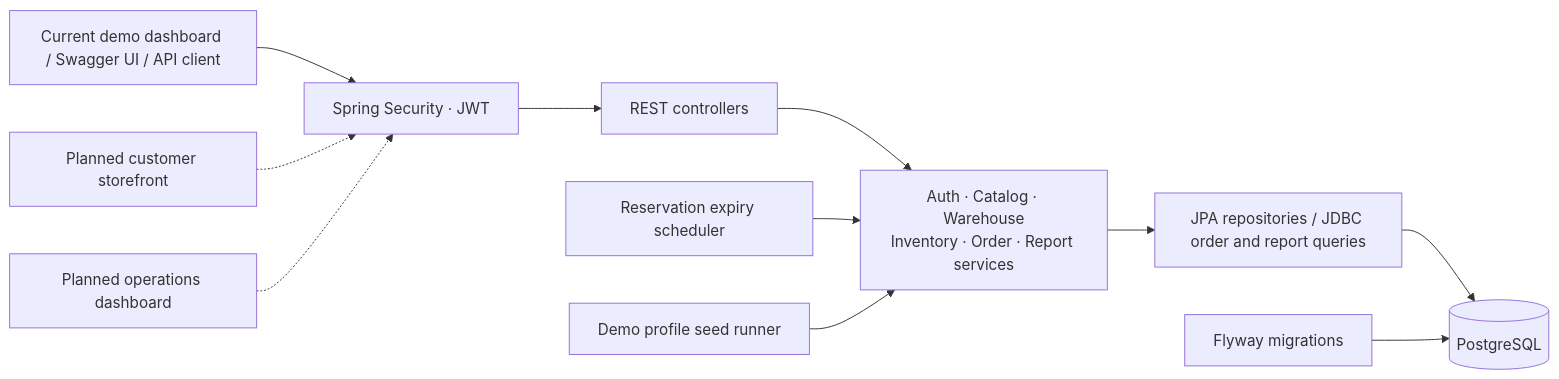
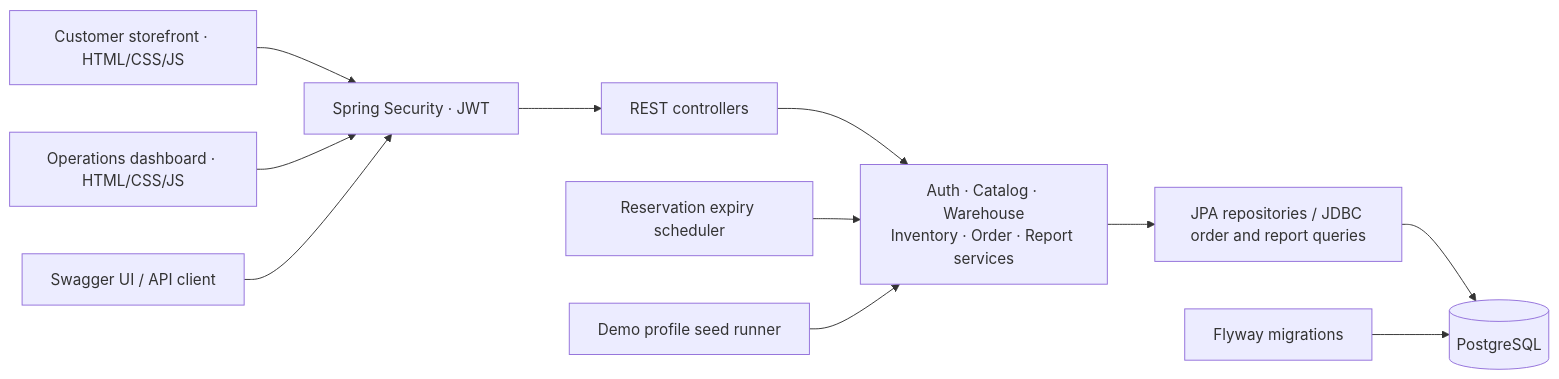
The first of 2 diagrams in README.md (huyniu/StockFlow), drawn with Mermaid before and after one commit. The commit also changed other lines of this file and 219 other files, not shown here.

````diff
--- a/README.md
+++ b/README.md
@@ -35,13 +63,13 @@
 ```mermaid
 flowchart LR
-    Client["Current demo dashboard / Swagger UI / API client"] --> Security["Spring Security · JWT"]
-    Storefront["Planned customer storefront"] -.-> Security
-    Dashboard["Planned operations dashboard"] -.-> Security
+    Storefront["Customer storefront · HTML/CSS/JS"] --> Security["Spring Security · JWT"]
+    Dashboard["Operations dashboard · HTML/CSS/JS"] --> Security
+    Client["Swagger UI / API client"] --> Security
     Security --> API["REST controllers"]
     API --> Services["Auth · Catalog · Warehouse<br/>Inventory · Order · Report services"]
     Services --> Persistence["JPA repositories / JDBC order and report queries"]
     Persistence --> DB[("PostgreSQL")]
     Flyway["Flyway migrations"] --> DB
     Scheduler["Reservation expiry scheduler"] --> Services
     Demo["Demo profile seed runner"] --> Services
 ```
````
